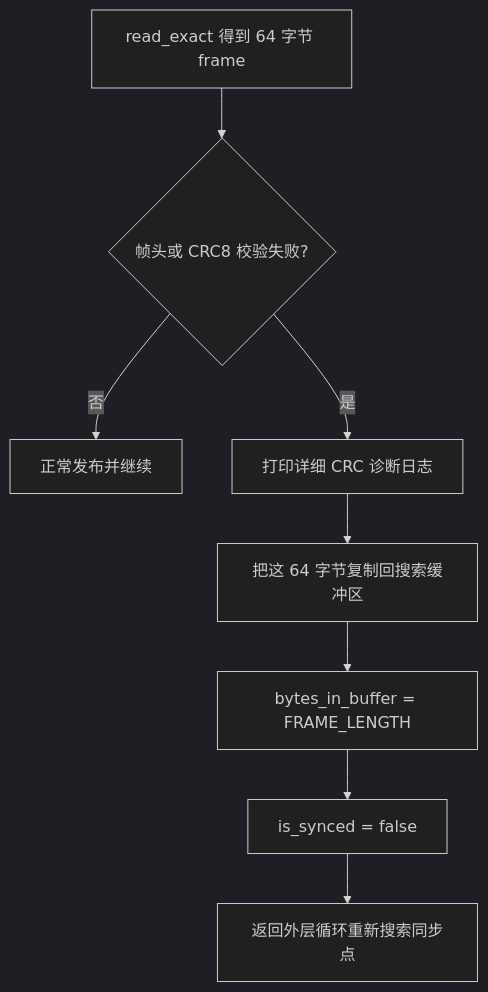
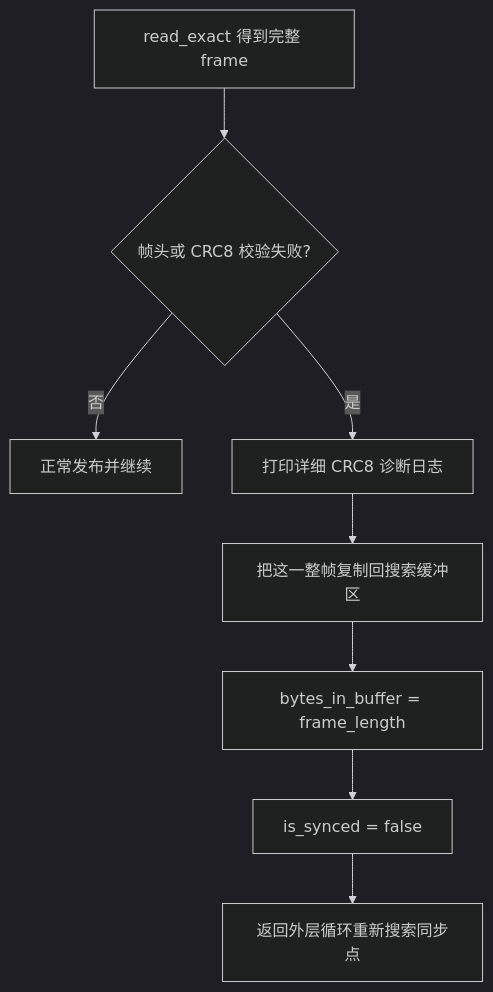
The first of 2 diagrams in docs/frame_sync/04_校验失败重同步.md (ecuster21/MissionComputerTeach), drawn with Mermaid (dark theme) before and after one commit. The commit also changed other lines of this file and 20 other files, not shown here.

````diff
--- a/docs/frame_sync/04_校验失败重同步.md
+++ b/docs/frame_sync/04_校验失败重同步.md
@@ -9,10 +7,10 @@
 ```mermaid
 flowchart TB
-    A[read_exact 得到 64 字节 frame] --> B{帧头或 CRC8 校验失败?}
+    A[read_exact 得到完整 frame] --> B{帧头或 CRC8 校验失败?}
     B -- 否 --> C[正常发布并继续]
-    B -- 是 --> D[打印详细 CRC 诊断日志]
-    D --> E[把这 64 字节复制回搜索缓冲区]
-    E --> F[bytes_in_buffer = FRAME_LENGTH]
+    B -- 是 --> D[打印详细 CRC8 诊断日志]
+    D --> E[把这一整帧复制回搜索缓冲区]
+    E --> F[bytes_in_buffer = frame_length]
     F --> G[is_synced = false]
     G --> H[返回外层循环重新搜索同步点]
 ```
````
